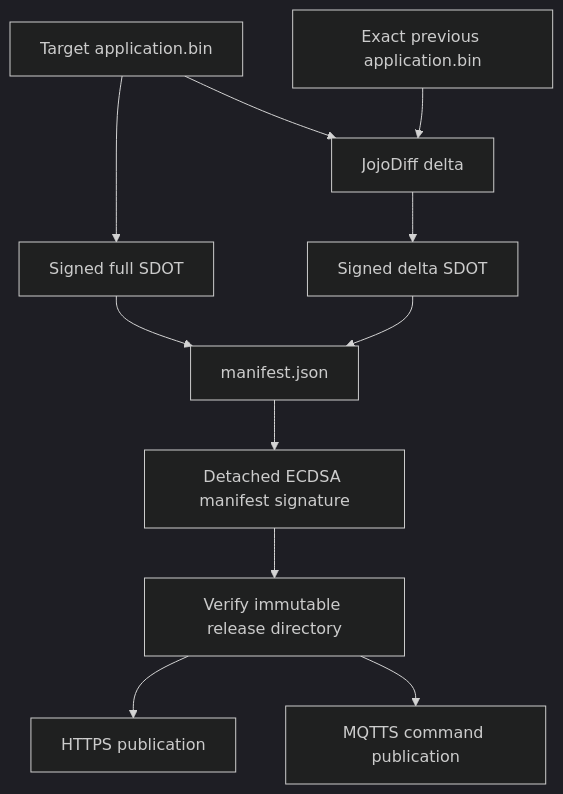
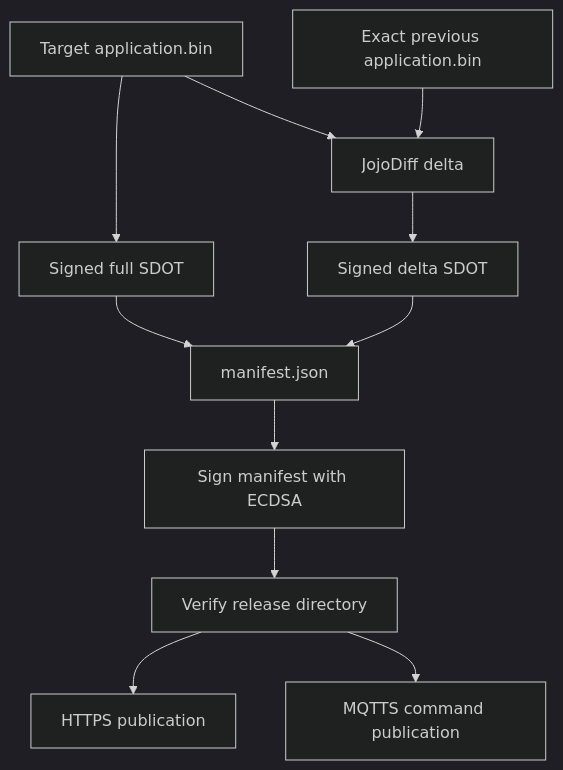
Before and after one commit to haikevins/secure-delta-ota-bootloader: the diagram in docs/release-process.md, drawn with Mermaid (dark theme). The commit also changed 11 other files, not shown here.

````diff
--- a/docs/release-process.md
+++ b/docs/release-process.md
@@ -45,13 +45,13 @@
 ```mermaid
 flowchart TD
     T["Target application.bin"] --> F["Signed full SDOT"]
     B["Exact previous application.bin"] --> D["JojoDiff delta"]
     T --> D
     D --> DS["Signed delta SDOT"]
     F --> M["manifest.json"]
     DS --> M
-    M --> MS["Detached ECDSA manifest signature"]
-    MS --> V["Verify immutable release directory"]
+    M --> MS["Sign manifest with ECDSA"]
+    MS --> V["Verify release directory"]
     V --> H["HTTPS publication"]
     V --> Q["MQTTS command publication"]
 ```
````
